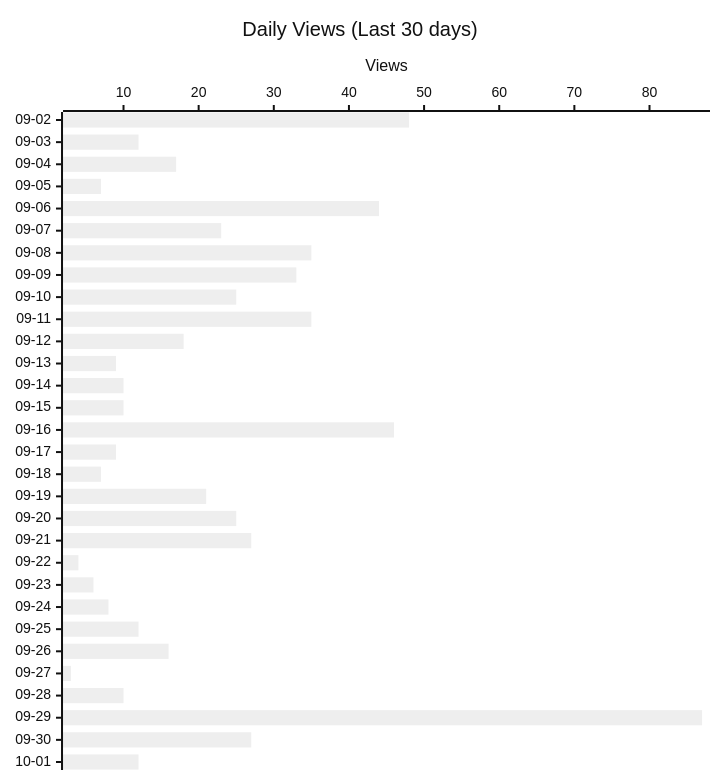
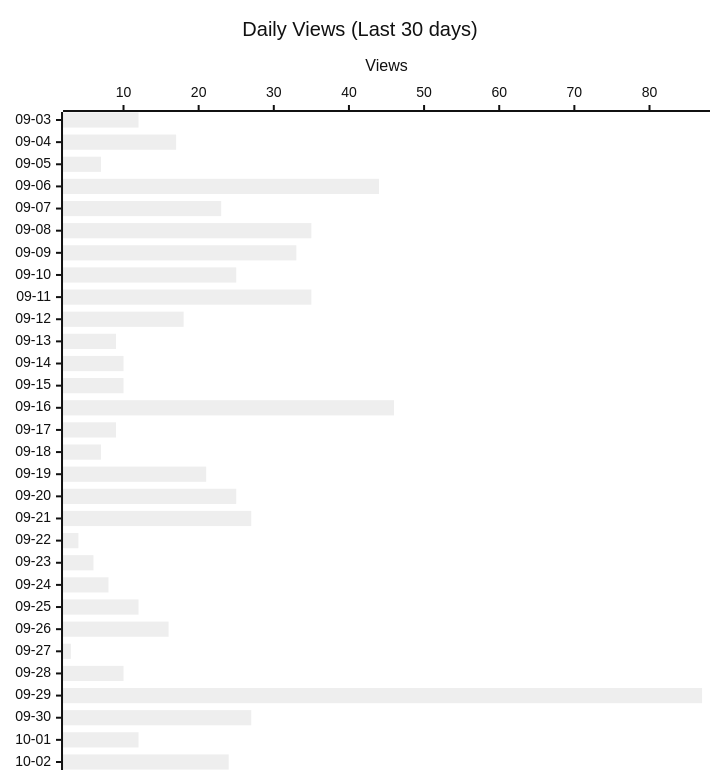
The second of 4 diagrams in README.md (shigechika/github-insights), drawn with Mermaid (neutral theme) before and after one commit. The commit also changed other lines of this file and 2 other files, not shown here.

````diff
--- a/README.md
+++ b/README.md
@@ -28,12 +28,12 @@
 ```mermaid
 ---
 config:
   xyChart:
     height: 760
 ---
 xychart-beta horizontal
     title "Daily Views (Last 30 days)"
-    x-axis ["09-02", "09-03", "09-04", "09-05", "09-06", "09-07", "09-08", "09-09", "09-10", "09-11", "09-12", "09-13", "09-14", "09-15", "09-16", "09-17", "09-18", "09-19", "09-20", "09-21", "09-22", "09-23", "09-24", "09-25", "09-26", "09-27", "09-28", "09-29", "09-30", "10-01"]
+    x-axis ["09-03", "09-04", "09-05", "09-06", "09-07", "09-08", "09-09", "09-10", "09-11", "09-12", "09-13", "09-14", "09-15", "09-16", "09-17", "09-18", "09-19", "09-20", "09-21", "09-22", "09-23", "09-24", "09-25", "09-26", "09-27", "09-28", "09-29", "09-30", "10-01", "10-02"]
     y-axis "Views"
-    bar [48, 12, 17, 7, 44, 23, 35, 33, 25, 35, 18, 9, 10, 10, 46, 9, 7, 21, 25, 27, 4, 6, 8, 12, 16, 3, 10, 87, 27, 12]
+    bar [12, 17, 7, 44, 23, 35, 33, 25, 35, 18, 9, 10, 10, 46, 9, 7, 21, 25, 27, 4, 6, 8, 12, 16, 3, 10, 87, 27, 12, 24]
 ```
````
